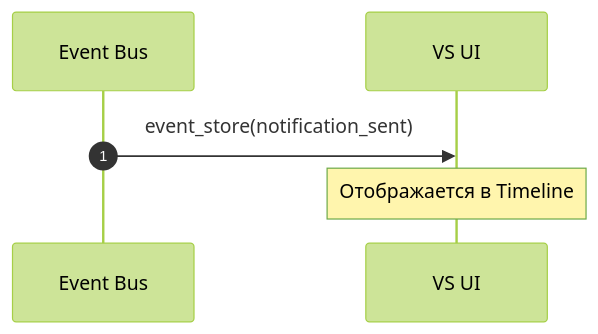
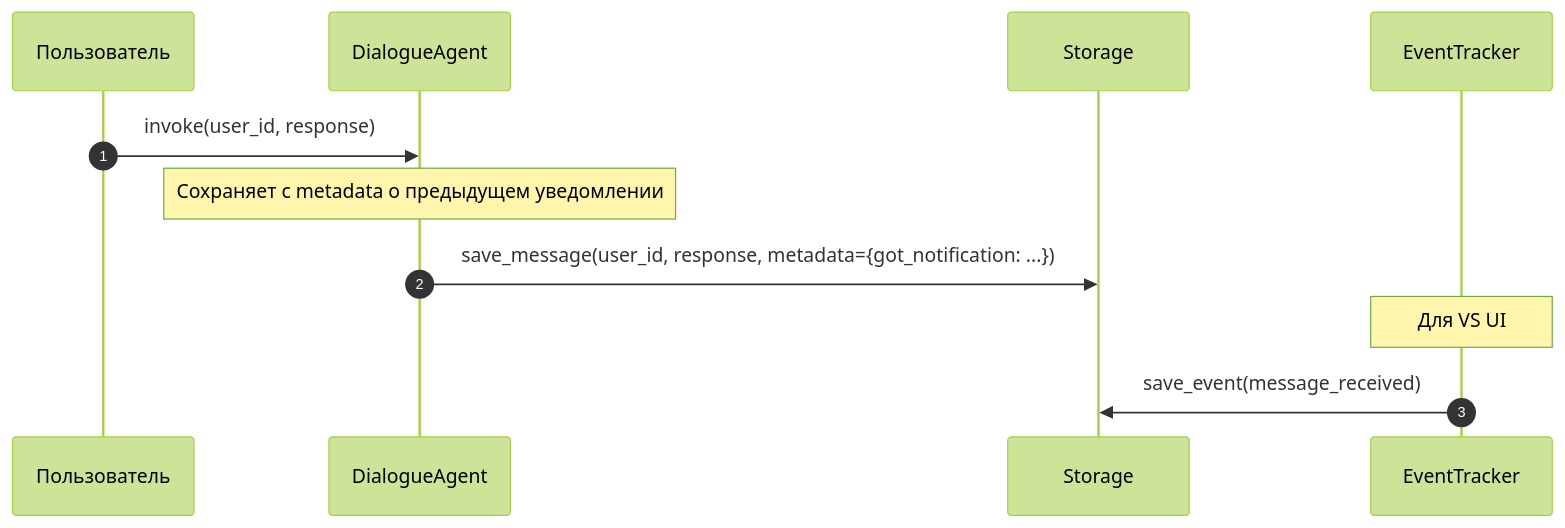
Before and after one commit to Dieugene/team-assistant: the seventh of 15 diagrams in 00_docs/architecture/runtime_architecture.md, drawn with Mermaid (forest theme). The commit also changed other lines of this file, not shown here.

First line of the commit message:
Update runtime architecture

````diff
--- a/00_docs/architecture/runtime_architecture.md
+++ b/00_docs/architecture/runtime_architecture.md
@@ -262,9 +349,16 @@
 ```mermaid
 sequenceDiagram
     autonumber
-    participant EB as Event Bus
-    participant VS as VS UI
+    participant User as Пользователь
+    participant DA as DialogueAgent
+    participant Storage as Storage
+    participant ET as EventTracker
 
-    EB->>VS: event_store(notification_sent)
-    Note over VS: Отображается в Timeline
+    User->>DA: invoke(user_id, response)
+
+    Note over DA: Сохраняет с metadata о предыдущем уведомлении
+    DA->>Storage: save_message(user_id, response, metadata={got_notification: ...})
+
+    Note over ET: Для VS UI
+    ET->>Storage: save_event(message_received)
 ```
````
